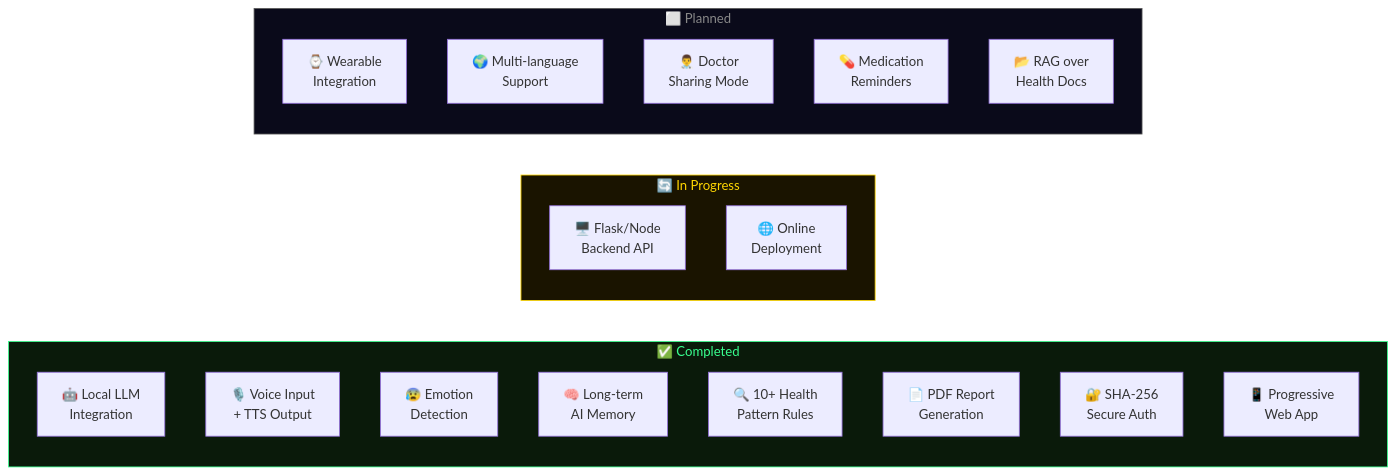
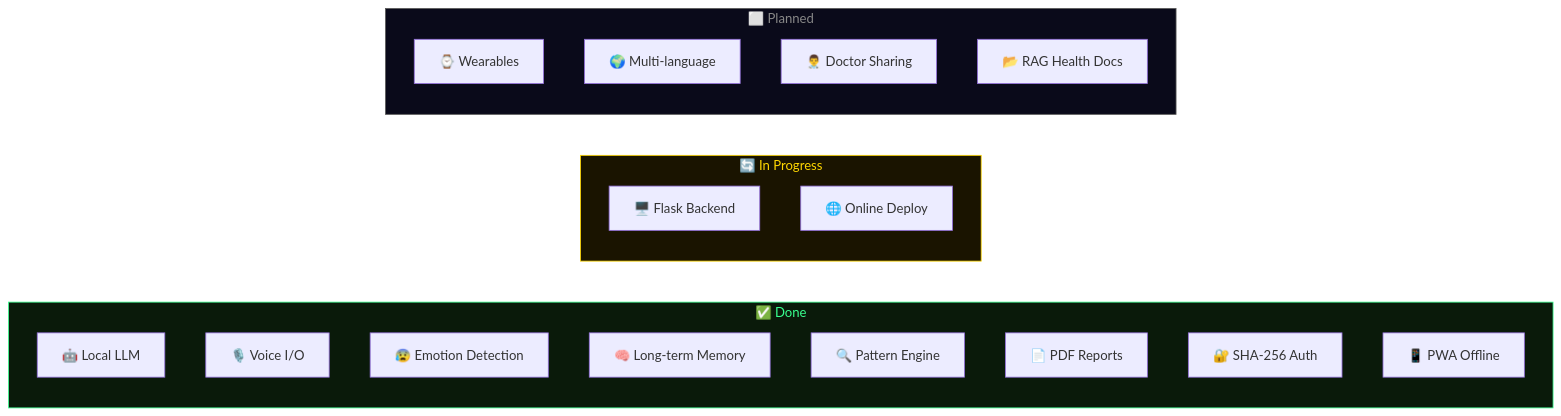
The seventh of 12 diagrams in README.md (Jags-08/ai-ml-journey), drawn with Mermaid before and after one commit. The commit also changed other lines of this file, not shown here.

````diff
--- a/README.md
+++ b/README.md
@@ -484,30 +313,27 @@
 ```mermaid
 flowchart LR
-    subgraph DONE ["✅ Completed"]
-        D1["🤖 Local LLM\nIntegration"]
-        D2["🎙️ Voice Input\n+ TTS Output"]
-        D3["😰 Emotion\nDetection"]
-        D4["🧠 Long-term\nAI Memory"]
-        D5["🔍 10+ Health\nPattern Rules"]
-        D6["📄 PDF Report\nGeneration"]
-        D7["🔐 SHA-256\nSecure Auth"]
-        D8["📱 Progressive\nWeb App"]
+    subgraph DONE ["✅ Done"]
+        D1["🤖 Local LLM"]
+        D2["🎙️ Voice I/O"]
+        D3["😰 Emotion Detection"]
+        D4["🧠 Long-term Memory"]
+        D5["🔍 Pattern Engine"]
+        D6["📄 PDF Reports"]
+        D7["🔐 SHA-256 Auth"]
+        D8["📱 PWA Offline"]
+    end
+    subgraph PROGRESS ["🔄 In Progress"]
+        P1["🖥️ Flask Backend"]
+        P2["🌐 Online Deploy"]
+    end
+    subgraph PLANNED ["⬜ Planned"]
+        PL1["⌚ Wearables"]
+        PL2["🌍 Multi-language"]
+        PL3["👨‍⚕️ Doctor Sharing"]
+        PL4["📂 RAG Health Docs"]
     end
 
-    subgraph PROGRESS ["🔄 In Progress"]
-        P1["🖥️ Flask/Node\nBackend API"]
-        P2["🌐 Online\nDeployment"]
-    end
-
-    subgraph PLANNED ["⬜ Planned"]
-        PL1["⌚ Wearable\nIntegration"]
-        PL2["🌍 Multi-language\nSupport"]
-        PL3["👨‍⚕️ Doctor\nSharing Mode"]
-        PL4["💊 Medication\nReminders"]
-        PL5["📂 RAG over\nHealth Docs"]
-    end
-
-    style DONE fill:#0a1a0a,stroke:#39ff8f,color:#39ff8f
+    style DONE     fill:#0a1a0a,stroke:#39ff8f,color:#39ff8f
     style PROGRESS fill:#1a1400,stroke:#FFD700,color:#FFD700
-    style PLANNED fill:#0a0a1a,stroke:#555,color:#888
+    style PLANNED  fill:#0a0a1a,stroke:#555,color:#888
 ```
````
